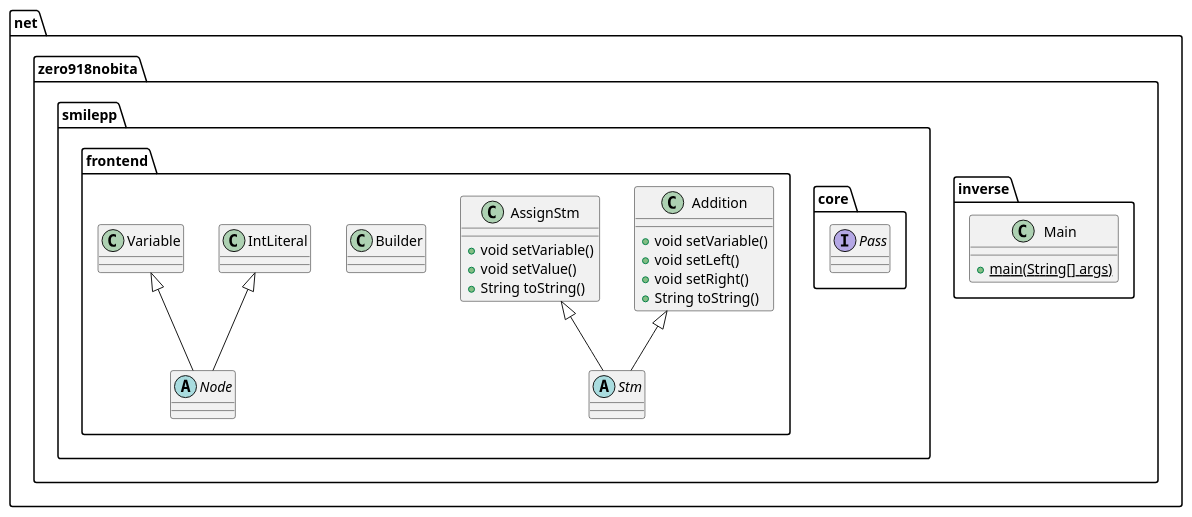
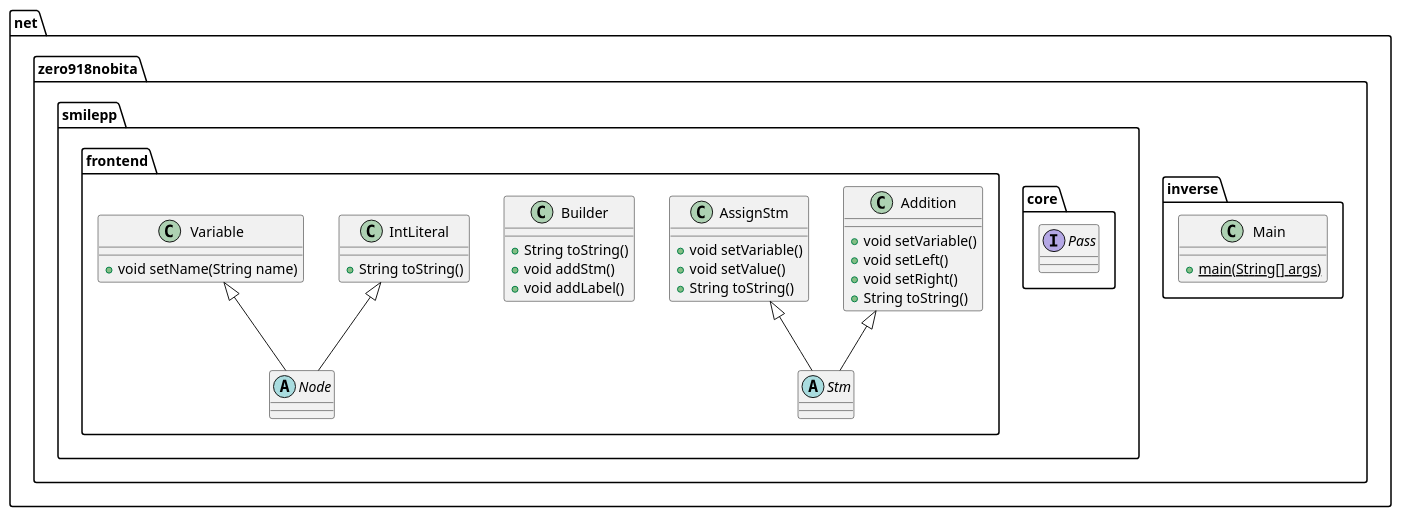
The diagram in Smilepp/class_diagram.puml (0918nobita/Smile-pp), drawn with PlantUML before and after one commit.

Commit message:
Update class diagram

```diff
--- a/Smilepp/class_diagram.puml
+++ b/Smilepp/class_diagram.puml
@@ -1,42 +1,54 @@
 @startuml
 
 package net.zero918nobita {
   package inverse {
     class Main {
       + {static} main(String[] args)
     }
   }
 
   package smilepp {
     package core {
       interface Pass
     }
 
     package frontend {
       class Addition {
         + void setVariable()
         + void setLeft()
         + void setRight()
         + String toString()
       }
 
       class AssignStm {
         + void setVariable()
         + void setValue()
         + String toString()
       }
 
-      class Builder
-      class IntLiteral
+      class Builder {
+        + String toString()
+        + void addStm()
+        + void addLabel()
+      }
+
+      class IntLiteral {
+        + String toString()
+      }
+
       abstract class Node
       abstract class Stm
-      class Variable
+
+      class Variable {
+        + void setName(String name)
+      }
+
       Addition <|-- Stm
       AssignStm <|-- Stm
       IntLiteral <|-- Node
       Variable <|-- Node
     }
   }
 }
 
 @enduml
```
